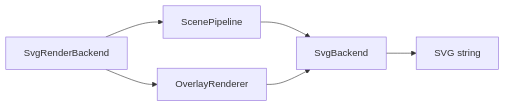
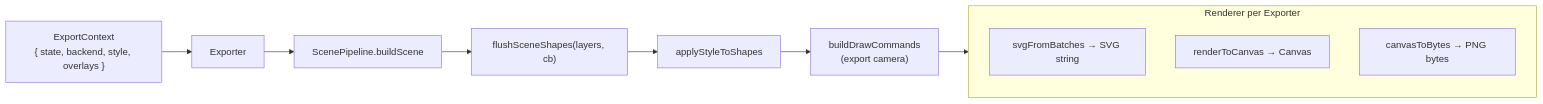
Before and after one commit to Delwing/mudlet-map-renderer: diagram 13 of 17 in docs/architecture.md, drawn with Mermaid. The commit also changed other lines of this file and 44 other files, not shown here.

First line of the commit message:
Add reusable scene culling and flush utilities, unify shape handling across rendering paths

````diff
--- a/docs/architecture.md
+++ b/docs/architecture.md
@@ -357,8 +492,15 @@
 ```mermaid
 flowchart LR
-    SRB[SvgRenderBackend] --> SP[ScenePipeline]
-    SRB --> OR[OverlayRenderer]
-    SP --> SB[SvgBackend]
-    OR --> SB
-    SB --> SVG["SVG string"]
+    Ctx["ExportContext<br/>{ state, backend, style, overlays }"] --> Exp[Exporter]
+    Exp --> SP[ScenePipeline.buildScene]
+    SP --> Flush["flushSceneShapes(layers, cb)"]
+    Flush --> Style["applyStyleToShapes"]
+    Style --> DCB["buildDrawCommands<br/>(export camera)"]
+    DCB --> Sink
+
+    subgraph Sink["Renderer per Exporter"]
+        SVG["svgFromBatches → SVG string"]
+        CV["renderToCanvas → Canvas"]
+        PNG["canvasToBytes → PNG bytes"]
+    end
 ```
````
